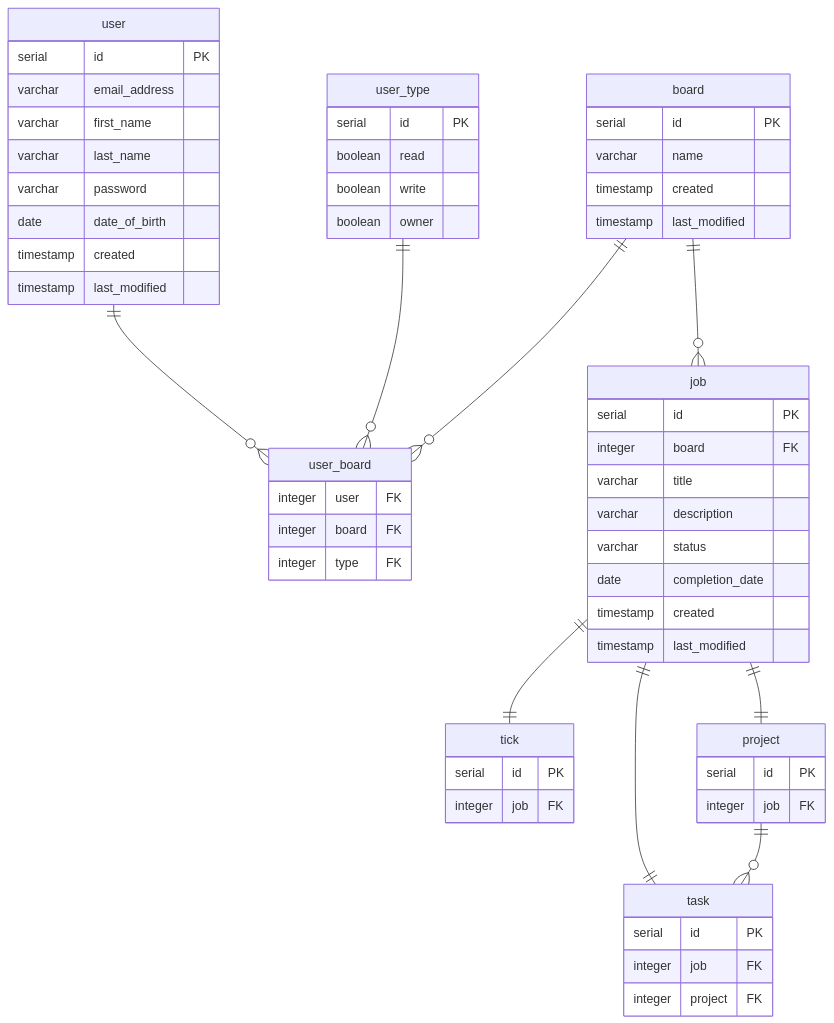
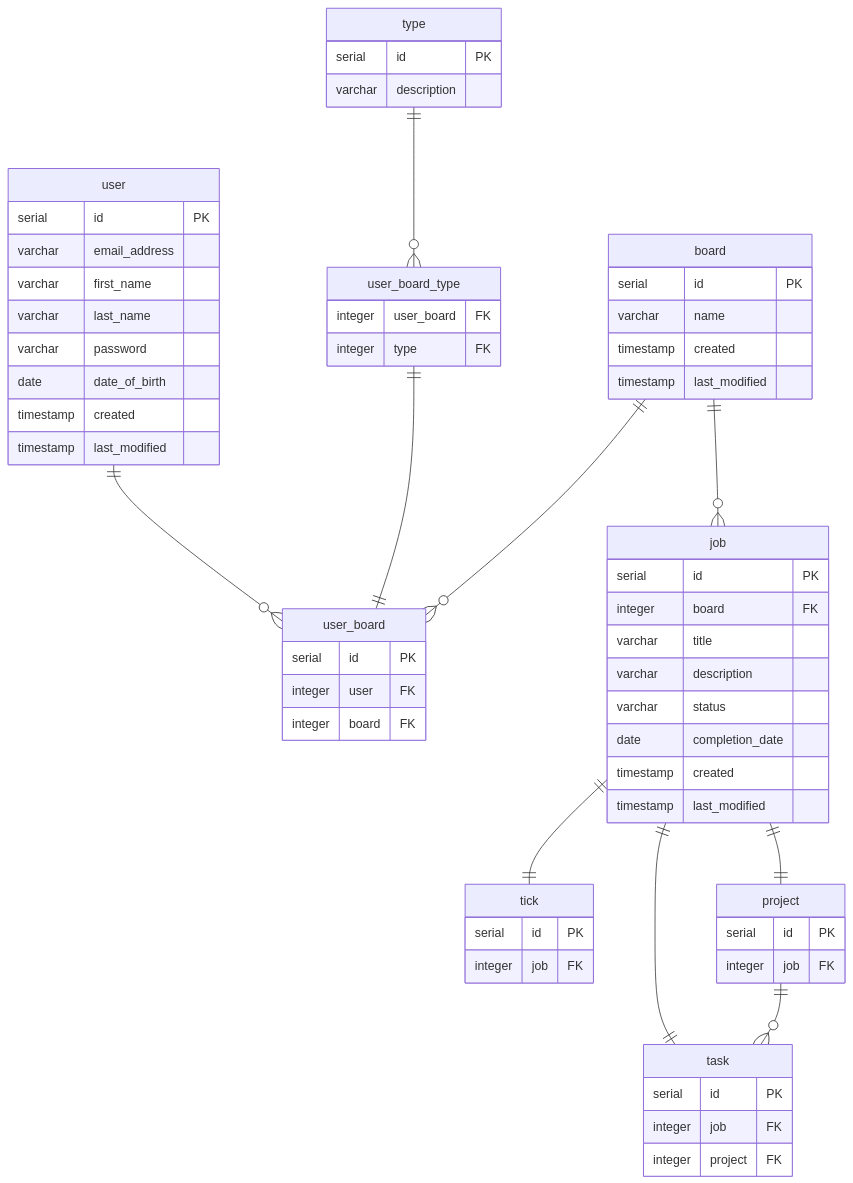
One commit to lmckinley09/CoE-Todo changed the second of 2 diagrams in README.md. Above: the diagram before and after it, drawn with Mermaid.

````diff
--- a/README.md
+++ b/README.md
@@ -45,70 +45,74 @@
 ```mermaid
 erDiagram
  user ||--o{ user_board : ""
- user_type ||--o{ user_board : ""
+ user_board_type ||--|| user_board : ""
  board ||--o{ user_board : ""
  board ||--o{ job : ""
+ type ||--o{ user_board_type : ""
  job ||--|| tick : ""
  job ||--|| task : ""
  job ||--|| project : ""
  project ||--o{ task : ""
 
     user {
         serial id PK
         varchar email_address
         varchar first_name
         varchar last_name
         varchar password
         date date_of_birth
         timestamp created
         timestamp last_modified
     }
     
-    user_board {
-        integer user FK
-        integer board FK
+    user_board_type {
+        integer user_board FK
         integer type FK
     }
     
-    user_type {
+    user_board {
         serial id PK
-        boolean read
-        boolean write
-        boolean owner
+        integer user FK
+        integer board FK
+    }
+    
+    type {
+        serial id PK
+        varchar description 
     }
     
     board {
         serial id PK
         varchar name
         timestamp created
         timestamp last_modified
     }
     
     job {
         serial id PK
         integer board FK
         varchar title
         varchar description
         varchar status
         date completion_date
         timestamp created
         timestamp last_modified
     }
     
     tick {
         serial id PK
         integer job FK
     }
     
      task {
         serial id PK
         integer job FK
         integer project FK
     }
     
      project {
         serial id PK
         integer job FK
     }
 
 ```
````
